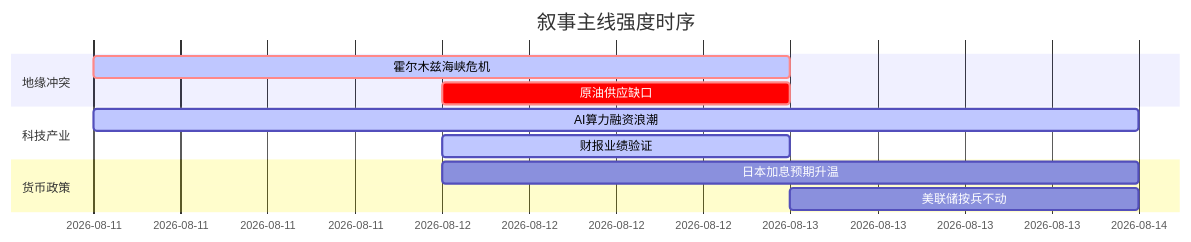
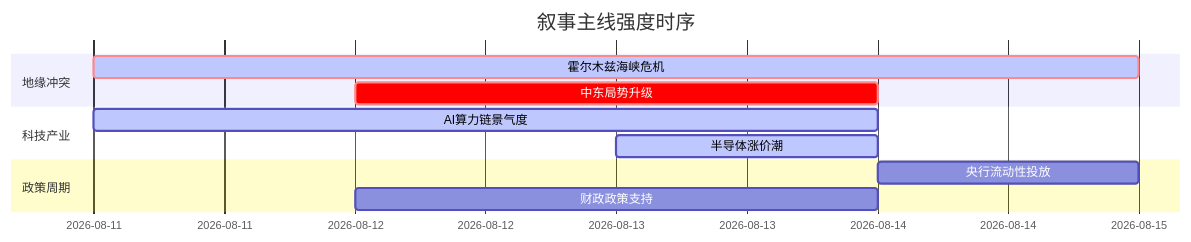
The diagram in 5day_report.md (uu5zn/uu5zn.github.io), drawn with Mermaid before and after one commit. The commit also changed other lines of this file and 21 other files, not shown here.

````diff
--- a/5day_report.md
+++ b/5day_report.md
@@ -58,16 +58,16 @@
 ```mermaid
 gantt
     title 叙事主线强度时序
     dateFormat YYYY-MM-DD
     section 地缘冲突
-    霍尔木兹海峡危机   :crit, active, 2026-08-11, 2d
-    原油供应缺口       :crit, 2026-08-12, 1d
+    霍尔木兹海峡危机   :crit, active, 2026-08-11, 4d
+    中东局势升级       :crit, 2026-08-12, 2d
     
     section 科技产业
-    AI算力融资浪潮     :active, 2026-08-11, 3d
-    财报业绩验证       :active, 2026-08-12, 1d
+    AI算力链景气度     :active, 2026-08-11, 3d
+    半导体涨价潮       :active, 2026-08-13, 1d
     
-    section 货币政策
-    日本加息预期升温   :2026-08-12, 2d
-    美联储按兵不动     :2026-08-13, 1d
+    section 政策周期
+    央行流动性投放     :2026-08-14, 1d
+    财政政策支持       :2026-08-12, 2d
 ```
````
